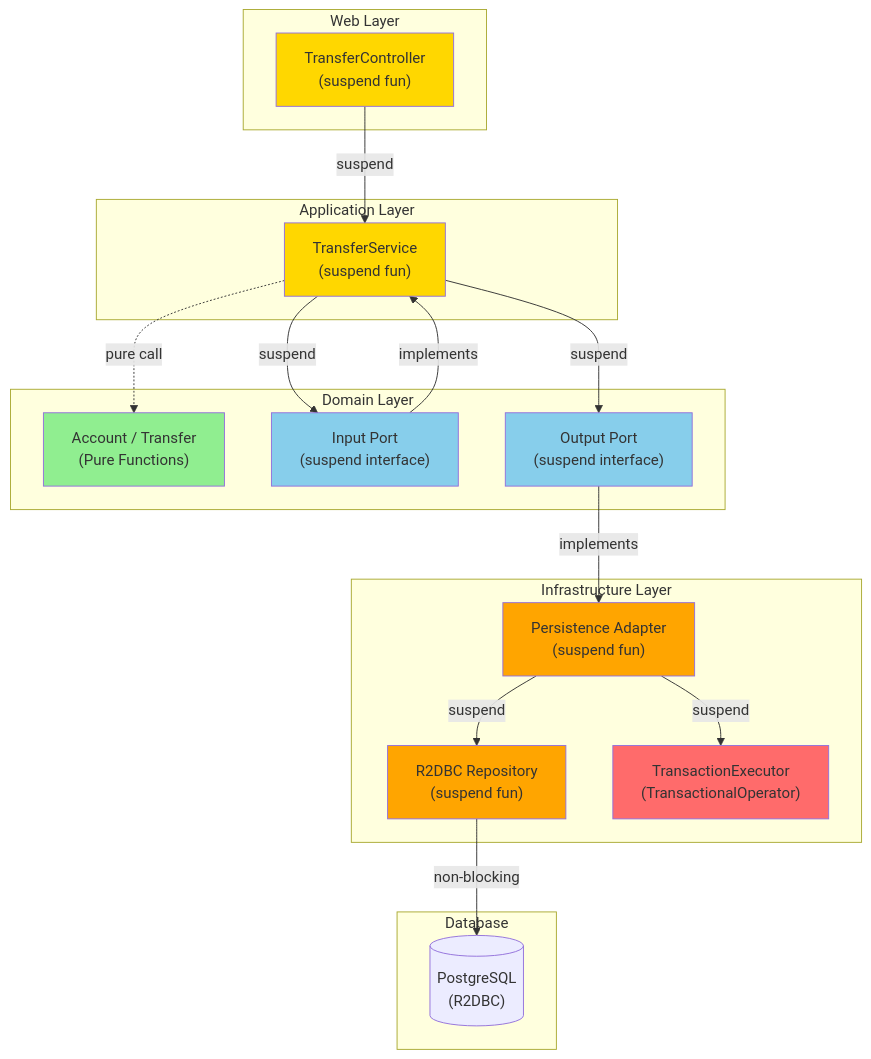
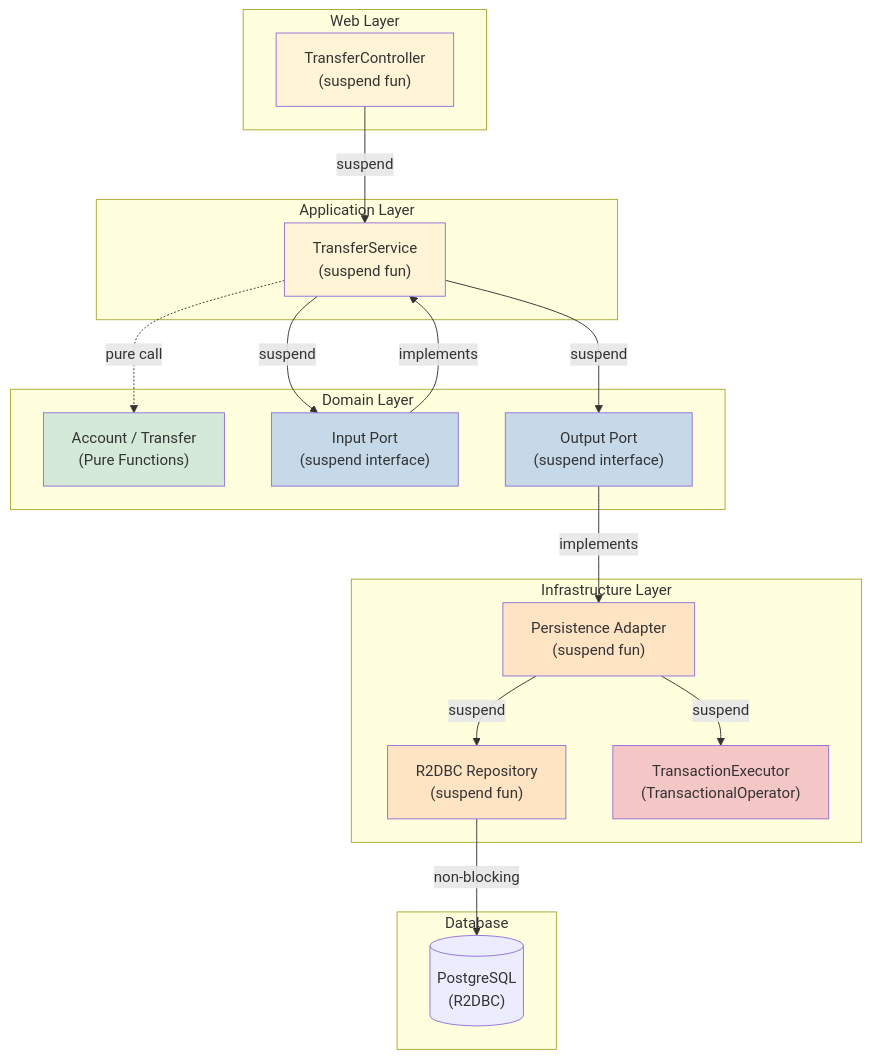
One commit to seokrae-labs/account-ledger-service changed the first of 4 diagrams in docs/SUSPEND_BEST_PRACTICES.md. Above: the diagram before and after it, drawn with Mermaid. The commit also changed other lines of this file, not shown here.

First line of the commit message:
docs: Improve diagram color scheme for better readability (#20)

````diff
--- a/docs/SUSPEND_BEST_PRACTICES.md
+++ b/docs/SUSPEND_BEST_PRACTICES.md
@@ -27,45 +27,45 @@
 ```mermaid
 graph TB
     subgraph "Web Layer"
         Controller["TransferController<br/>(suspend fun)"]
     end
 
     subgraph "Application Layer"
         UseCase["TransferService<br/>(suspend fun)"]
     end
 
     subgraph "Domain Layer"
         Model["Account / Transfer<br/>(Pure Functions)"]
         Port1["Input Port<br/>(suspend interface)"]
         Port2["Output Port<br/>(suspend interface)"]
     end
 
     subgraph "Infrastructure Layer"
         Adapter["Persistence Adapter<br/>(suspend fun)"]
         Repo["R2DBC Repository<br/>(suspend fun)"]
         TxExecutor["TransactionExecutor<br/>(TransactionalOperator)"]
     end
 
     subgraph "Database"
         DB[("PostgreSQL<br/>(R2DBC)")]
     end
 
     Controller -->|suspend| UseCase
     UseCase -->|suspend| Port1
     UseCase -.->|pure call| Model
     Port1 -->|implements| UseCase
     UseCase -->|suspend| Port2
     Port2 -->|implements| Adapter
     Adapter -->|suspend| Repo
     Adapter -->|suspend| TxExecutor
     Repo -->|non-blocking| DB
 
-    style Model fill:#90EE90
-    style Port1 fill:#87CEEB
-    style Port2 fill:#87CEEB
-    style Controller fill:#FFD700
-    style UseCase fill:#FFD700
-    style Adapter fill:#FFA500
-    style Repo fill:#FFA500
-    style TxExecutor fill:#FF6B6B
+    style Model fill:#D4E9D7
+    style Port1 fill:#C5D9E8
+    style Port2 fill:#C5D9E8
+    style Controller fill:#FFF4D6
+    style UseCase fill:#FFF4D6
+    style Adapter fill:#FFE4C4
+    style Repo fill:#FFE4C4
+    style TxExecutor fill:#F5C6C6
 ```
````
